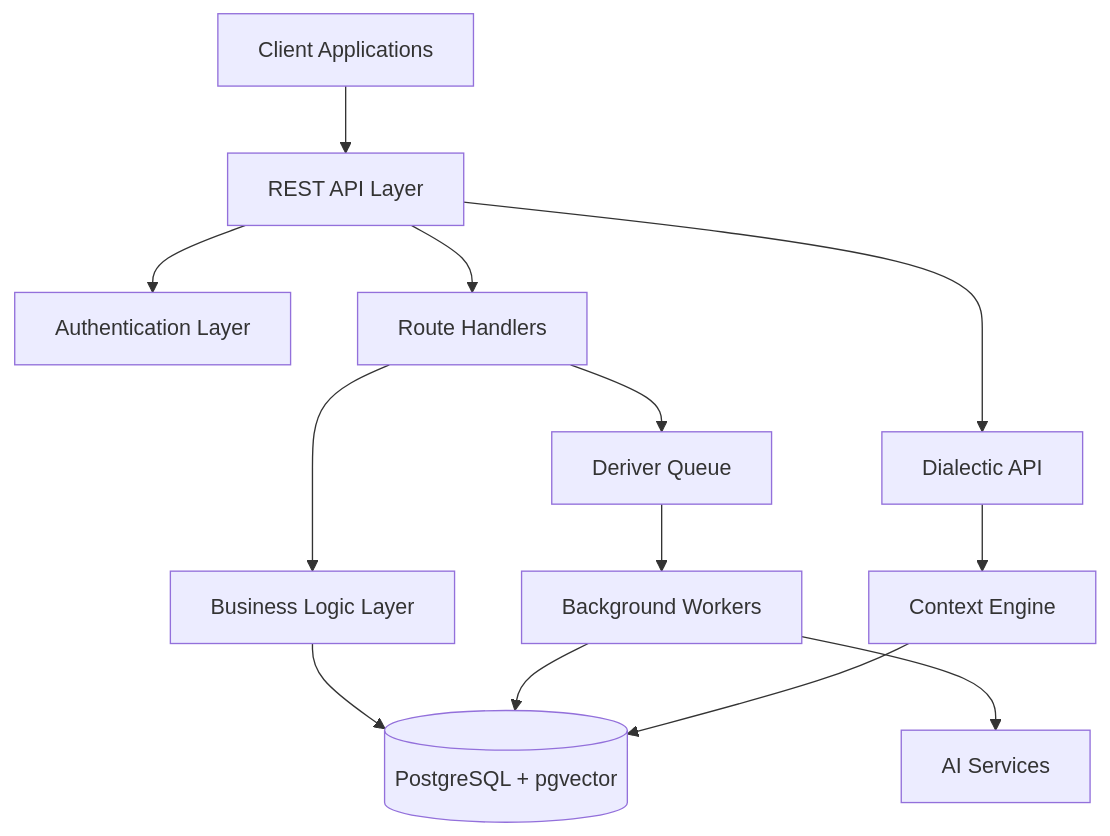
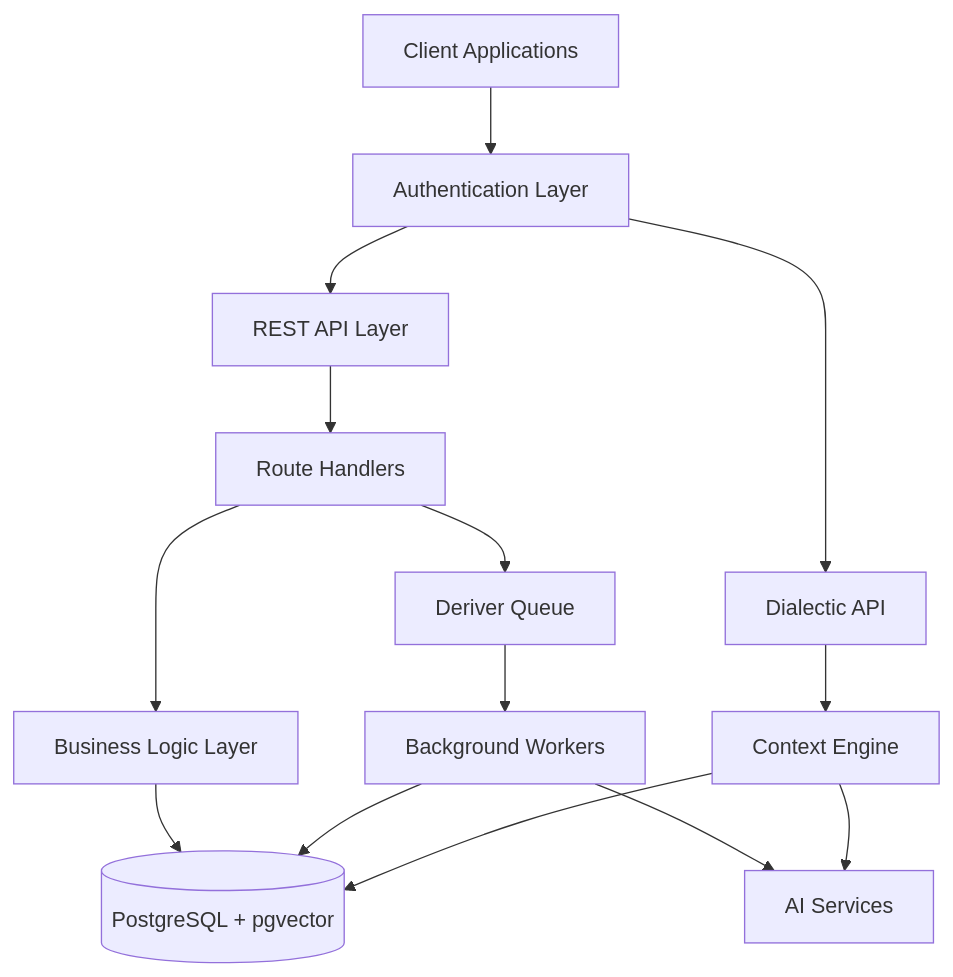
Before and after one commit to plastic-labs/honcho: the diagram in docs/documentation/platform/overview.mdx, drawn with Mermaid. The commit also changed other lines of this file, not shown here.

Commit message:
chore: refactor mermaid

````diff
--- a/docs/documentation/platform/overview.mdx
+++ b/docs/documentation/platform/overview.mdx
@@ -12,17 +12,18 @@
 ```mermaid
 graph TB
-    Client[Client Applications] --> API[REST API Layer]
-    API --> Auth[Authentication Layer]
+    Client[Client Applications] --> Auth[Authentication Layer]
+    Auth --> API[REST API Layer]
     API --> Router[Route Handlers]
     Router --> CRUD[Business Logic Layer]
     CRUD --> DB[(PostgreSQL + pgvector)]
     
     Router --> Queue[Deriver Queue]
     Queue --> Workers[Background Workers]
     Workers --> AI[AI Services]
     Workers --> DB
     
-    API --> Dialectic[Dialectic API]
+    Auth --> Dialectic[Dialectic API]
     Dialectic --> Context[Context Engine]
     Context --> DB
+    Context --> AI[AI Services]
 ```
````
